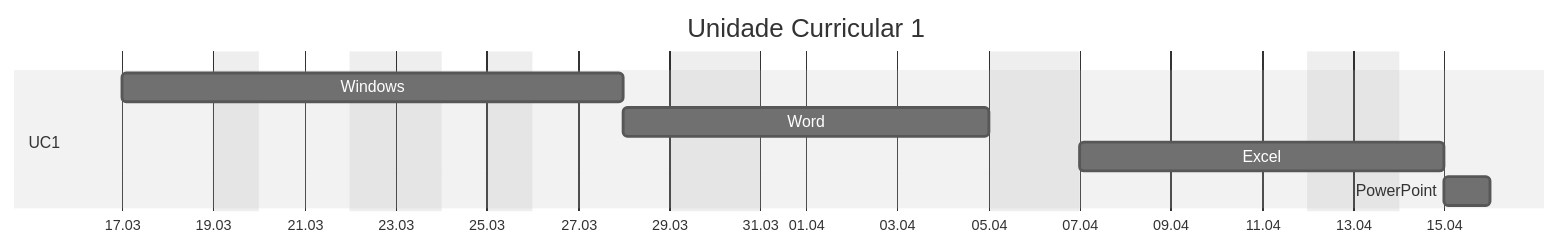
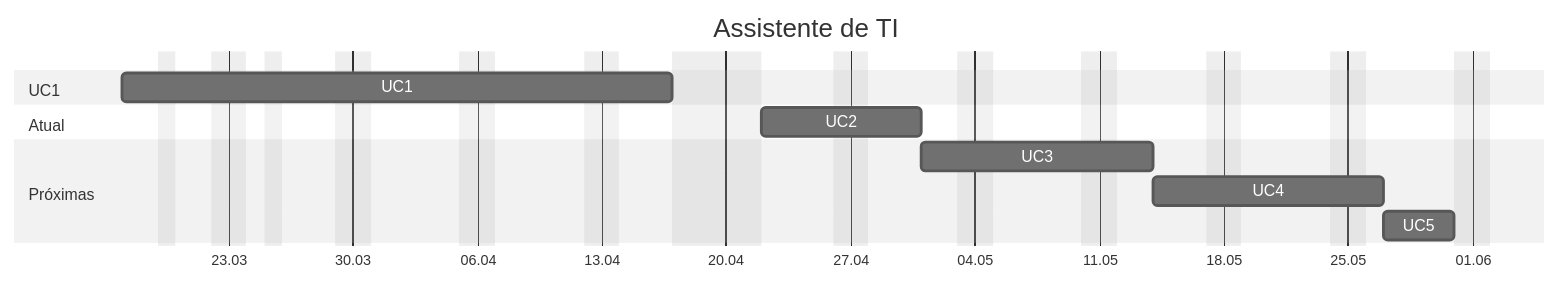
Before and after one commit to jocile/digitalgarden: the diagram in src/site/notes/Assistente-de-TI.md, drawn with Mermaid (neutral theme). The commit also changed other lines of this file and 1 other file, not shown here.

````diff
--- a/src/site/notes/Assistente-de-TI.md
+++ b/src/site/notes/Assistente-de-TI.md
@@ -226,13 +31,16 @@
 ```mermaid
 gantt
-     title Unidade Curricular 1
-     tickInterval 2day
-     excludes Saturday, Sunday, 19:03, 25:03
+     title Assistente de TI
+     tickInterval 1week
+     excludes Saturday, Sunday, 19:03, 25:03, 17:04, 18:04, 21:04
      dateFormat DD:MM
      axisFormat %d.%m
      section UC1
-         Windows :a1, 17:03, 7d
-         Word :a2,after a1, 6d
-         Excel :a3, after a2, 6d
-         PowerPoint :a4, after a3, 1d
+         UC1 :a1, 17:03, 21d
+     section Atual
+         UC2 :a2,after a1, 7d
+     section Próximas
+         UC3 :a3, after a2, 9d
+         UC4 :a4, after a3, 9d
+         UC5 :a5, after a4, 4d
 ```
````
